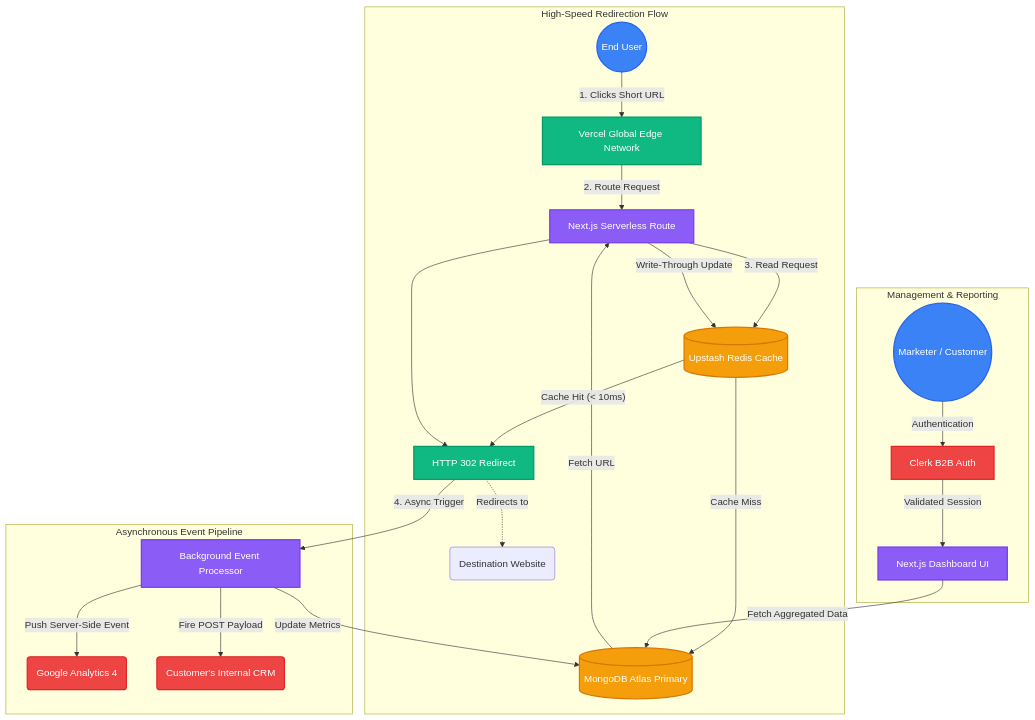
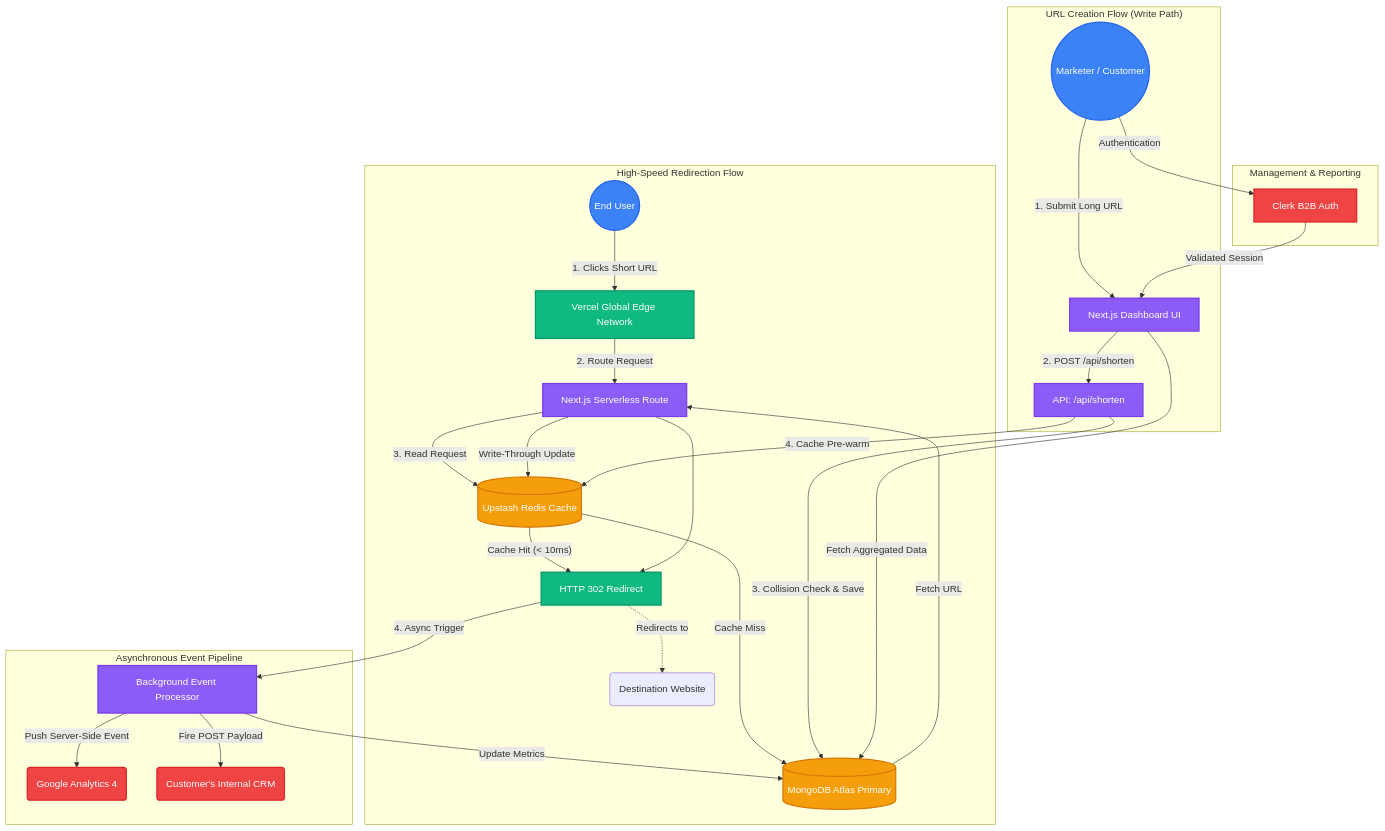
One commit to yash1616-accept/url_shortener changed the diagram in Architecture.md. Above: the diagram before and after it, drawn with Mermaid. The commit also changed other lines of this file, not shown here.

First line of the commit message:
Enhance architecture documentation with URL Creation Flow

````diff
--- a/Architecture.md
+++ b/Architecture.md
@@ -5,46 +5,54 @@
 ```mermaid
 graph TD
     %% Styling
     classDef user fill:#3b82f6,stroke:#2563eb,stroke-width:2px,color:#fff
     classDef network fill:#10b981,stroke:#059669,stroke-width:2px,color:#fff
     classDef backend fill:#8b5cf6,stroke:#7c3aed,stroke-width:2px,color:#fff
     classDef db fill:#f59e0b,stroke:#d97706,stroke-width:2px,color:#fff
     classDef external fill:#ef4444,stroke:#dc2626,stroke-width:2px,color:#fff
     
     %% Actors
     User((End User)):::user
     Marketer((Marketer / Customer)):::user
     
     %% URL Resolution Flow
     subgraph "High-Speed Redirection Flow"
         User -->|1. Clicks Short URL| Vercel[Vercel Global Edge Network]:::network
         Vercel -->|2. Route Request| API[Next.js Serverless Route]:::backend
         
         API -->|3. Read Request| Redis[(Upstash Redis Cache)]:::db
         
         Redis -- "Cache Hit (< 10ms)" --> Response[HTTP 302 Redirect]:::network
         Redis -- "Cache Miss" --> Mongo[(MongoDB Atlas Primary)]:::db
         
         Mongo -->|Fetch URL| API
         API -->|Write-Through Update| Redis
         API --> Response
         
         Response -.->|Redirects to| Destination(Destination Website)
     end
     
     %% Analytics Flow
     subgraph "Asynchronous Event Pipeline"
         Response -->|4. Async Trigger| Events[Background Event Processor]:::backend
         
         Events -->|Update Metrics| Mongo
         Events -->|Push Server-Side Event| GA4(Google Analytics 4):::external
         Events -->|Fire POST Payload| Webhook(Customer's Internal CRM):::external
     end
     
+    %% URL Creation Flow
+    subgraph "URL Creation Flow (Write Path)"
+        Marketer -->|1. Submit Long URL| Dashboard[Next.js Dashboard UI]:::backend
+        Dashboard -->|2. POST /api/shorten| ShortenAPI[API: /api/shorten]:::backend
+        ShortenAPI -->|3. Collision Check & Save| Mongo
+        ShortenAPI -->|4. Cache Pre-warm| Redis
+    end
+    
     %% Dashboard Flow
     subgraph "Management & Reporting"
         Marketer -->|Authentication| Clerk[Clerk B2B Auth]:::external
-        Clerk -->|Validated Session| Dashboard[Next.js Dashboard UI]:::backend
+        Clerk -->|Validated Session| Dashboard
         Dashboard -->|Fetch Aggregated Data| Mongo
     end
 ```
````
